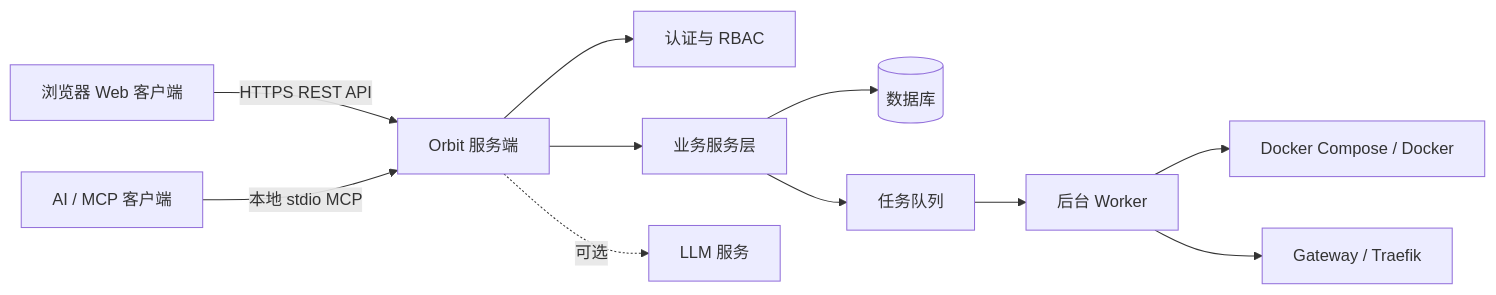
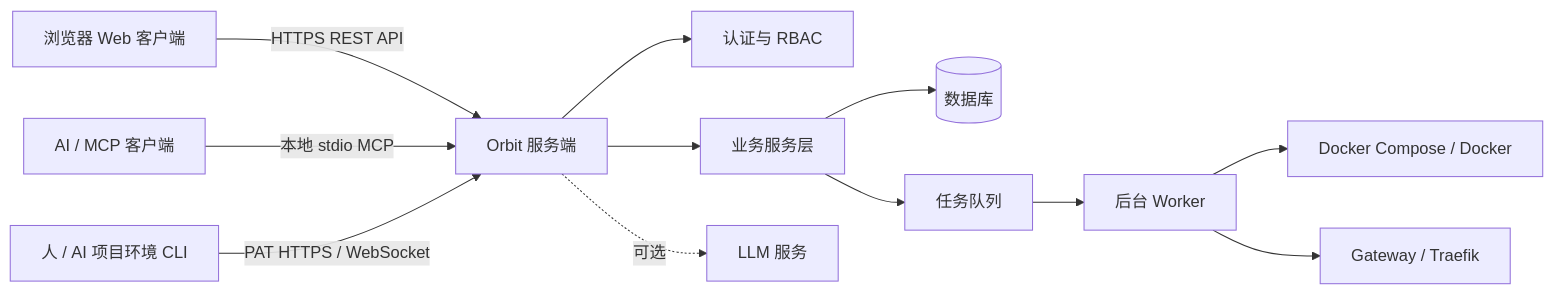
The first of 4 diagrams in docs/guides/client-cloud-invocation.md (leoninew/pomelo-orbit), drawn with Mermaid before and after one commit. The commit also changed other lines of this file and 47 other files, not shown here.

First line of the commit message:
feat(environment): support PAT-authenticated project SSH CLI

````diff
--- a/docs/guides/client-cloud-invocation.md
+++ b/docs/guides/client-cloud-invocation.md
@@ -13,14 +13,15 @@
 ```mermaid
 flowchart LR
     A[浏览器 Web 客户端] -->|HTTPS REST API| B[Orbit 服务端]
     C[AI / MCP 客户端] -->|本地 stdio MCP| B
+    CLI[人 / AI 项目环境 CLI] -->|PAT HTTPS / WebSocket| B
 
     B --> D[认证与 RBAC]
     B --> E[业务服务层]
     E --> F[(数据库)]
     E --> G[任务队列]
     G --> H[后台 Worker]
     H --> I[Docker Compose / Docker]
     H --> J[Gateway / Traefik]
     B -.可选.-> K[LLM 服务]
 ```
````
